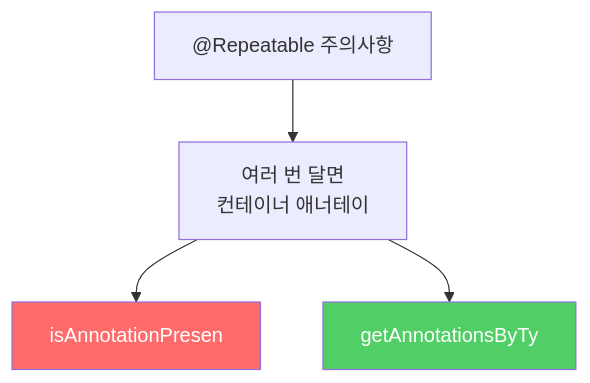
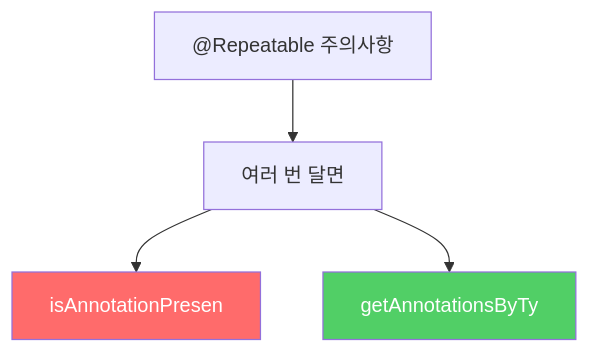
The second of 3 diagrams in _posts/java/2022-01-17-effective-java39.md (yjkim2015/yjkim2015.github.io), drawn with Mermaid before and after one commit. The commit also changed other lines of this file and 217 other files, not shown here.

First line of the commit message:
Mermaid 크기 수정: useMaxWidth:true + SVG max-width:100% + 라벨 축소

````diff
--- a/_posts/java/2022-01-17-effective-java39.md
+++ b/_posts/java/2022-01-17-effective-java39.md
@@ -184,8 +184,8 @@
 ```mermaid
 graph TD
-    A["@Repeatable 주의사항"] --> B["여러 번 달면\n컨테이너 애너테이"]
+    A["@Repeatable 주의사항"] --> B["여러 번 달면"]
     B --> C["isAnnotationPresen"]
     B --> D["getAnnotationsByTy"]
     style C fill:#ff6b6b,color:#fff
     style D fill:#51cf66,color:#fff
 ```
````
